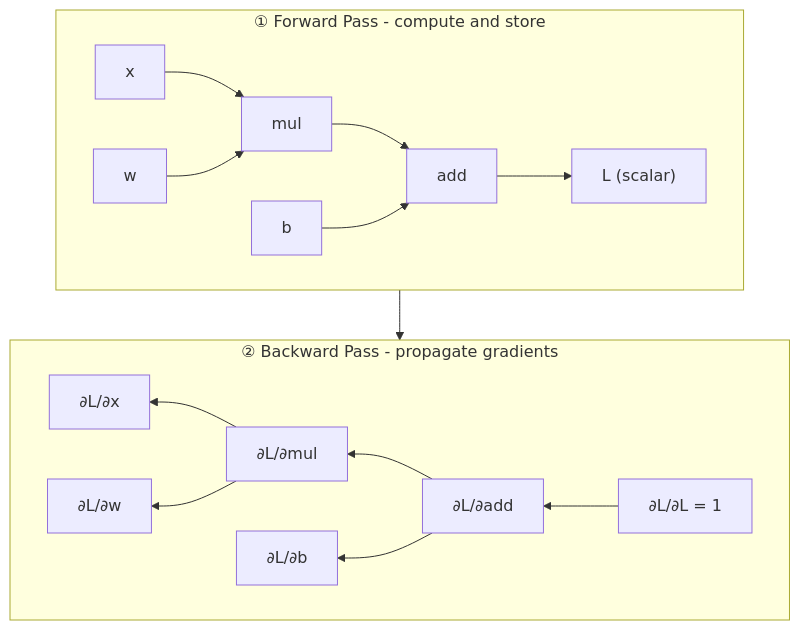
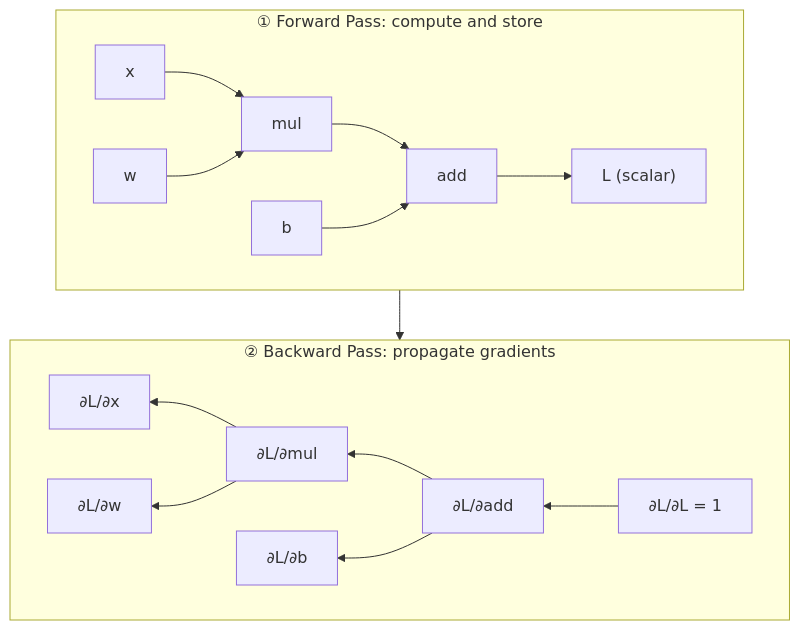
Before and after one commit to ImadDabbura/imaddabbura.github.io: the second of 3 diagrams in posts/mlsys/automatic-differentiation.qmd, drawn with Mermaid. The commit also changed other lines of this file and 19 other files, not shown here.

````diff
--- a/posts/mlsys/automatic-differentiation.qmd
+++ b/posts/mlsys/automatic-differentiation.qmd
@@ -76,18 +76,18 @@
 ```{mermaid}
 %%| fig-cap: "Reverse mode runs two phases: a forward pass that computes and stores all intermediate values, then a backward pass that propagates ∂L/∂· back to every node."
 flowchart TD
-    subgraph fwd ["① Forward Pass - compute and store"]
+    subgraph fwd ["① Forward Pass: compute and store"]
         direction LR
         x["x"] --> mul["mul"] --> add["add"] --> L["L (scalar)"]
         w["w"] --> mul
         b["b"] --> add
     end
-    subgraph bwd ["② Backward Pass - propagate gradients"]
+    subgraph bwd ["② Backward Pass: propagate gradients"]
         direction RL
         dL["∂L/∂L = 1"] --> dadd["∂L/∂add"] --> dmul["∂L/∂mul"]
         dmul --> dx["∂L/∂x"]
         dmul --> dw["∂L/∂w"]
         dadd --> db["∂L/∂b"]
     end
     fwd --> bwd
 ```
````
